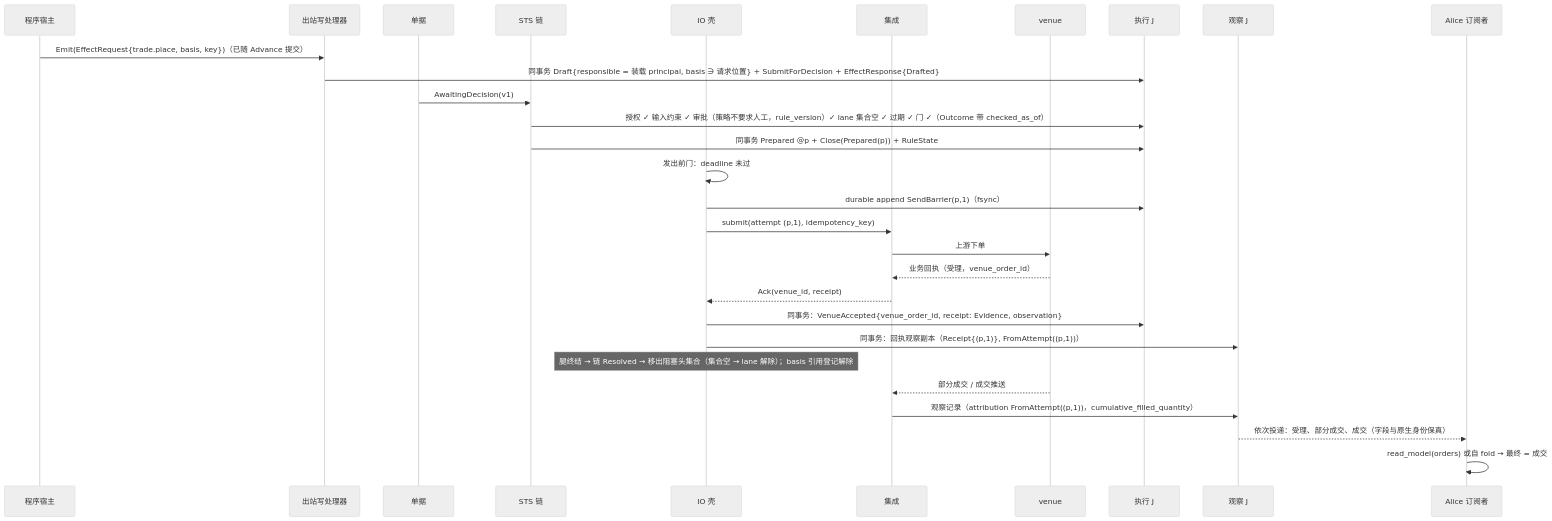
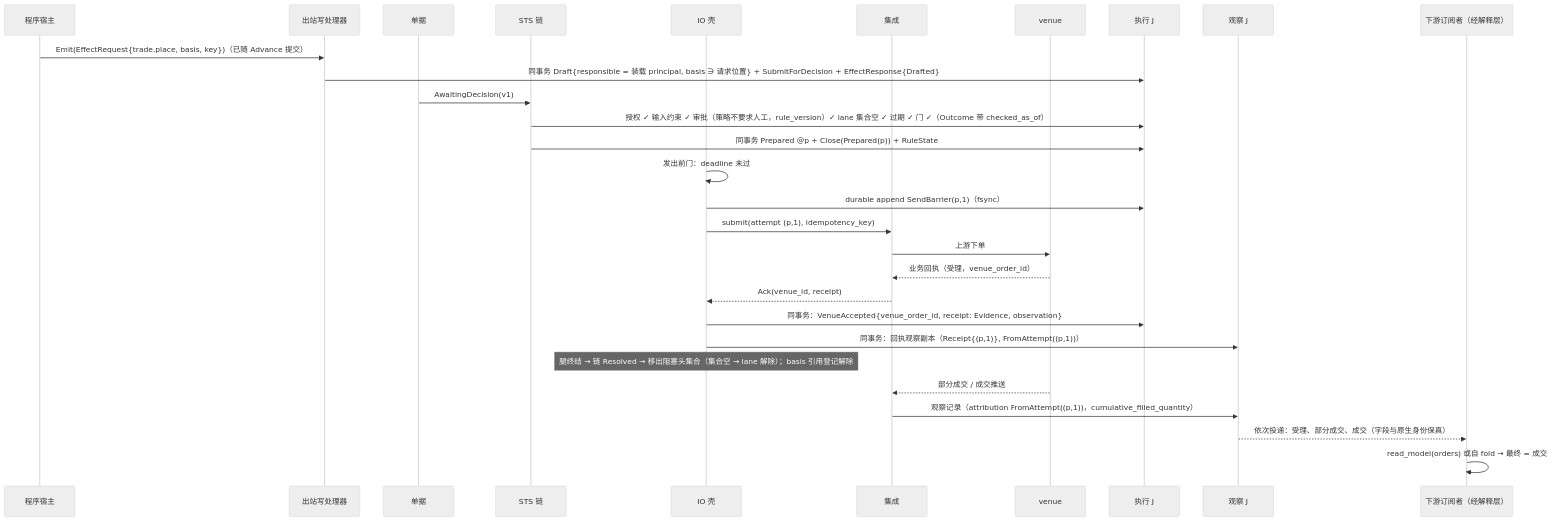
The fifth of 7 diagrams in design/diagrams/06-io-shell-attempt.md (mouriya-s-lab/uta), drawn with Mermaid (neutral theme) before and after one commit. The commit also changed 17 other files, not shown here.

````diff
--- a/design/diagrams/06-io-shell-attempt.md
+++ b/design/diagrams/06-io-shell-attempt.md
@@ -163,31 +163,31 @@
 ```mermaid
 sequenceDiagram
   participant H as 程序宿主
   participant O as 出站写处理器
   participant T as 单据
   participant S as STS 链
   participant IO as IO 壳
   participant I as 集成
   participant V as venue
   participant EJ as 执行 J
   participant OJ as 观察 J
-  participant A as Alice 订阅者
+  participant A as 下游订阅者（经解释层）
   H->>O: Emit(EffectRequest{trade.place, basis, key})（已随 Advance 提交）
   O->>EJ: 同事务 Draft{responsible = 装载 principal, basis ∋ 请求位置} + SubmitForDecision + EffectResponse{Drafted}
   T->>S: AwaitingDecision(v1)
   S->>EJ: 授权 ✓ 输入约束 ✓ 审批（策略不要求人工，rule_version）✓ lane 集合空 ✓ 过期 ✓ 门 ✓（Outcome 带 checked_as_of）
   S->>EJ: 同事务 Prepared @p + Close(Prepared(p)) + RuleState
   IO->>IO: 发出前门：deadline 未过
   IO->>EJ: durable append SendBarrier(p,1)（fsync）
   IO->>I: submit(attempt (p,1), idempotency_key)
   I->>V: 上游下单
   V-->>I: 业务回执（受理，venue_order_id）
   I-->>IO: Ack(venue_id, receipt)
   IO->>EJ: 同事务：VenueAccepted{venue_order_id, receipt: Evidence, observation}
   IO->>OJ: 同事务：回执观察副本（Receipt{(p,1)}, FromAttempt((p,1))）
   Note over IO: 腿终结 → 链 Resolved → 移出阻塞头集合（集合空 → lane 解除）；basis 引用登记解除
   V-->>I: 部分成交 / 成交推送
   I->>OJ: 观察记录（attribution FromAttempt((p,1))，cumulative_filled_quantity）
   OJ-->>A: 依次投递：受理、部分成交、成交（字段与原生身份保真）
   A->>A: read_model(orders) 或自 fold → 最终 = 成交
 ```
````
